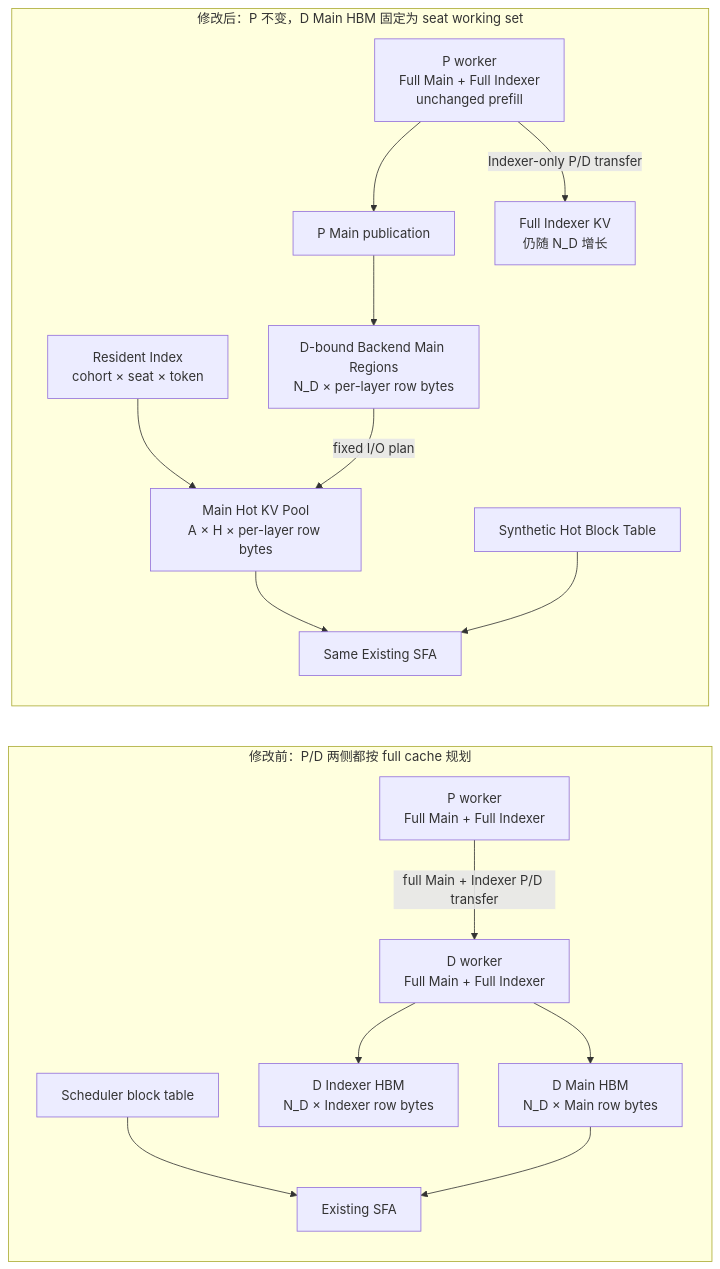
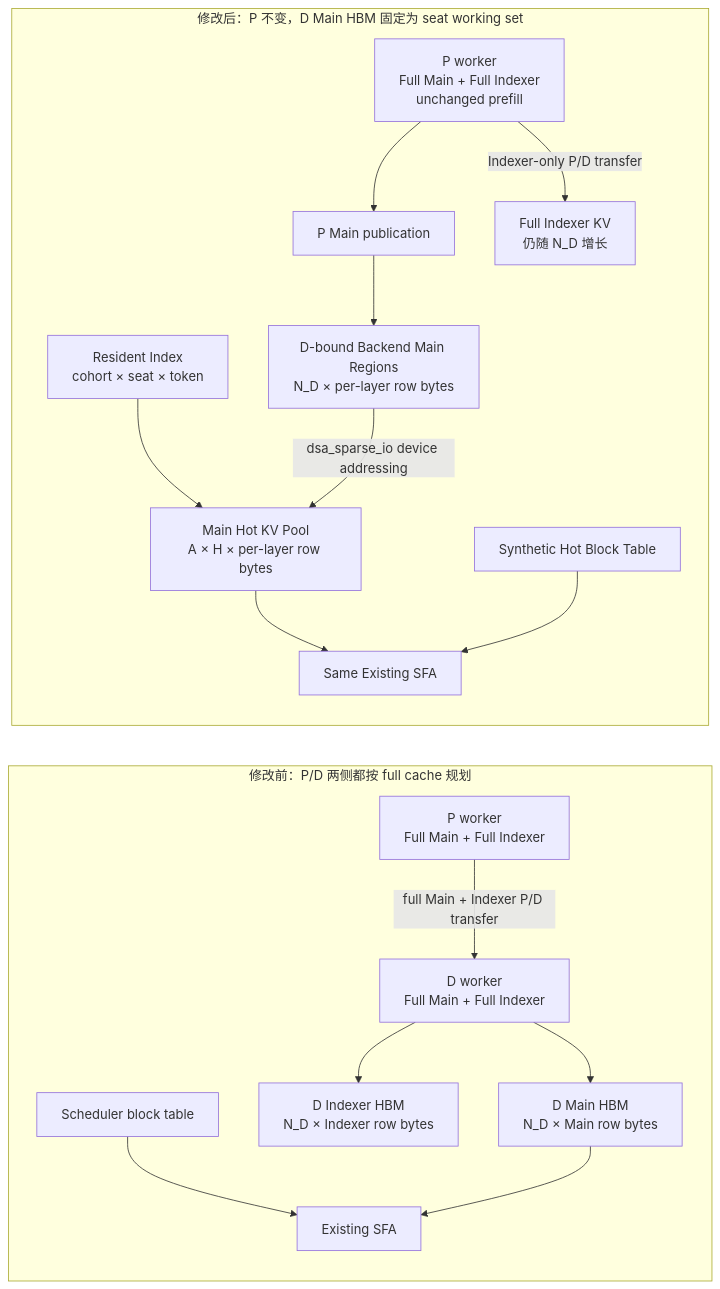
One commit to ykfnxx/ASU-Ascend changed the fourth of 5 diagrams in docs/A5-Hisparse/glm5-a5-hisparse-development-plan.md. Above: the diagram before and after it, drawn with Mermaid. The commit also changed other lines of this file and 19 other files, not shown here.

Commit message:
docs: consolidate DSA sparse design notes

````diff
--- a/docs/A5-Hisparse/glm5-a5-hisparse-development-plan.md
+++ b/docs/A5-Hisparse/glm5-a5-hisparse-development-plan.md
@@ -832,33 +868,33 @@
 ```mermaid
 flowchart LR
     subgraph Before["修改前：P/D 两侧都按 full cache 规划"]
         BP["P worker<br/>Full Main + Full Indexer"]
         BD["D worker<br/>Full Main + Full Indexer"]
         BM["D Main HBM<br/>N_D × Main row bytes"]
         BI["D Indexer HBM<br/>N_D × Indexer row bytes"]
         BBT["Scheduler block table"]
         BSFA["Existing SFA"]
         BP -->|"full Main + Indexer P/D transfer"| BD
         BD --> BM
         BD --> BI
         BBT --> BSFA
         BM --> BSFA
     end
 
     subgraph After["修改后：P 不变，D Main HBM 固定为 seat working set"]
         AP["P worker<br/>Full Main + Full Indexer<br/>unchanged prefill"]
         PUB["P Main publication"]
         AI["Full Indexer KV<br/>仍随 N_D 增长"]
         AH["Main Hot KV Pool<br/>A × H × per-layer row bytes"]
         AX["Resident Index<br/>cohort × seat × token"]
         ABT["Synthetic Hot Block Table"]
         ASFA["Same Existing SFA"]
         AE["D-bound Backend Main Regions<br/>N_D × per-layer row bytes"]
         AP --> PUB --> AE
         AP -->|"Indexer-only P/D transfer"| AI
         AX --> AH
         AH --> ASFA
         ABT --> ASFA
-        AE -->|"fixed I/O plan"| AH
+        AE -->|"dsa_sparse_io device addressing"| AH
     end
 ```
````
